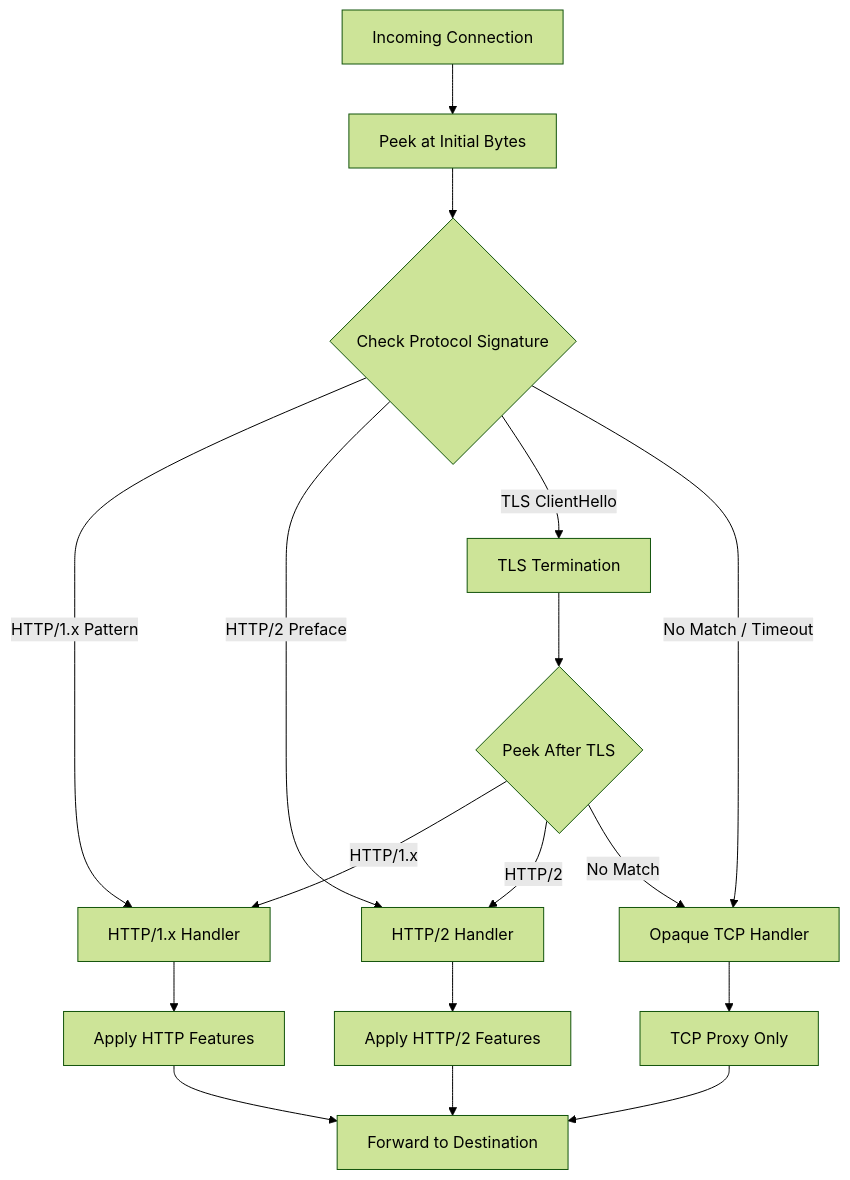
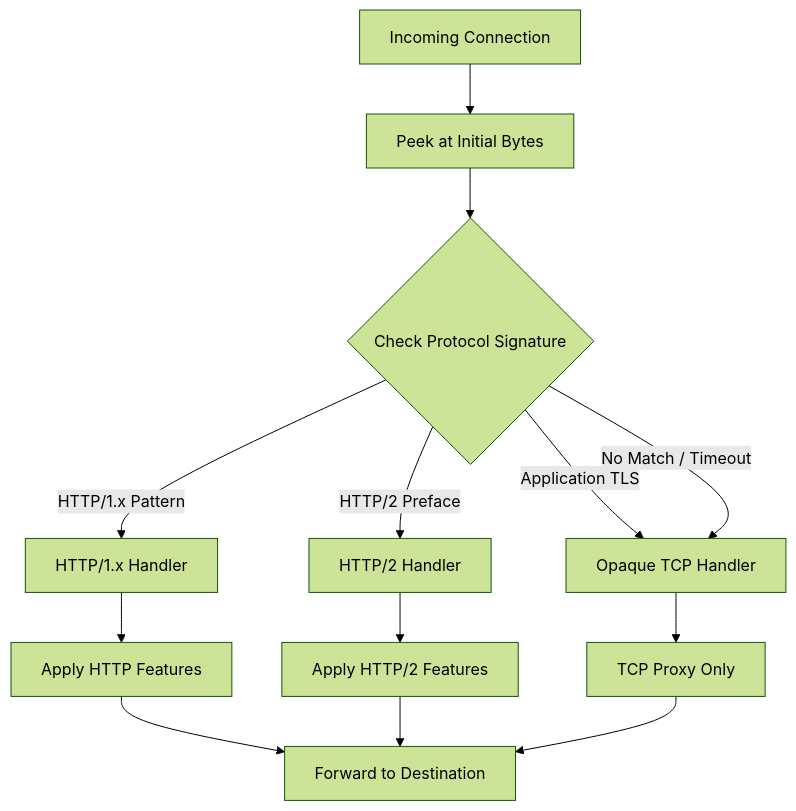
Before and after one commit to OneUptime/blog: the diagram in posts/2026-01-30-linkerd-protocol-detection/README.md, drawn with Mermaid (forest theme). The commit also changed other lines of this file and 2 other files, not shown here.

````diff
--- a/posts/2026-01-30-linkerd-protocol-detection/README.md
+++ b/posts/2026-01-30-linkerd-protocol-detection/README.md
@@ -23,19 +23,15 @@
 ```mermaid
 flowchart TD
     A[Incoming Connection] --> B[Peek at Initial Bytes]
     B --> C{Check Protocol Signature}
     C -->|HTTP/1.x Pattern| D[HTTP/1.x Handler]
     C -->|HTTP/2 Preface| E[HTTP/2 Handler]
-    C -->|TLS ClientHello| F[TLS Termination]
+    C -->|Application TLS| G[Opaque TCP Handler]
     C -->|No Match / Timeout| G[Opaque TCP Handler]
-    F --> H{Peek After TLS}
-    H -->|HTTP/1.x| D
-    H -->|HTTP/2| E
-    H -->|No Match| G
     D --> I[Apply HTTP Features]
     E --> J[Apply HTTP/2 Features]
     G --> K[TCP Proxy Only]
     I --> L[Forward to Destination]
     J --> L
     K --> L
 ```
````
